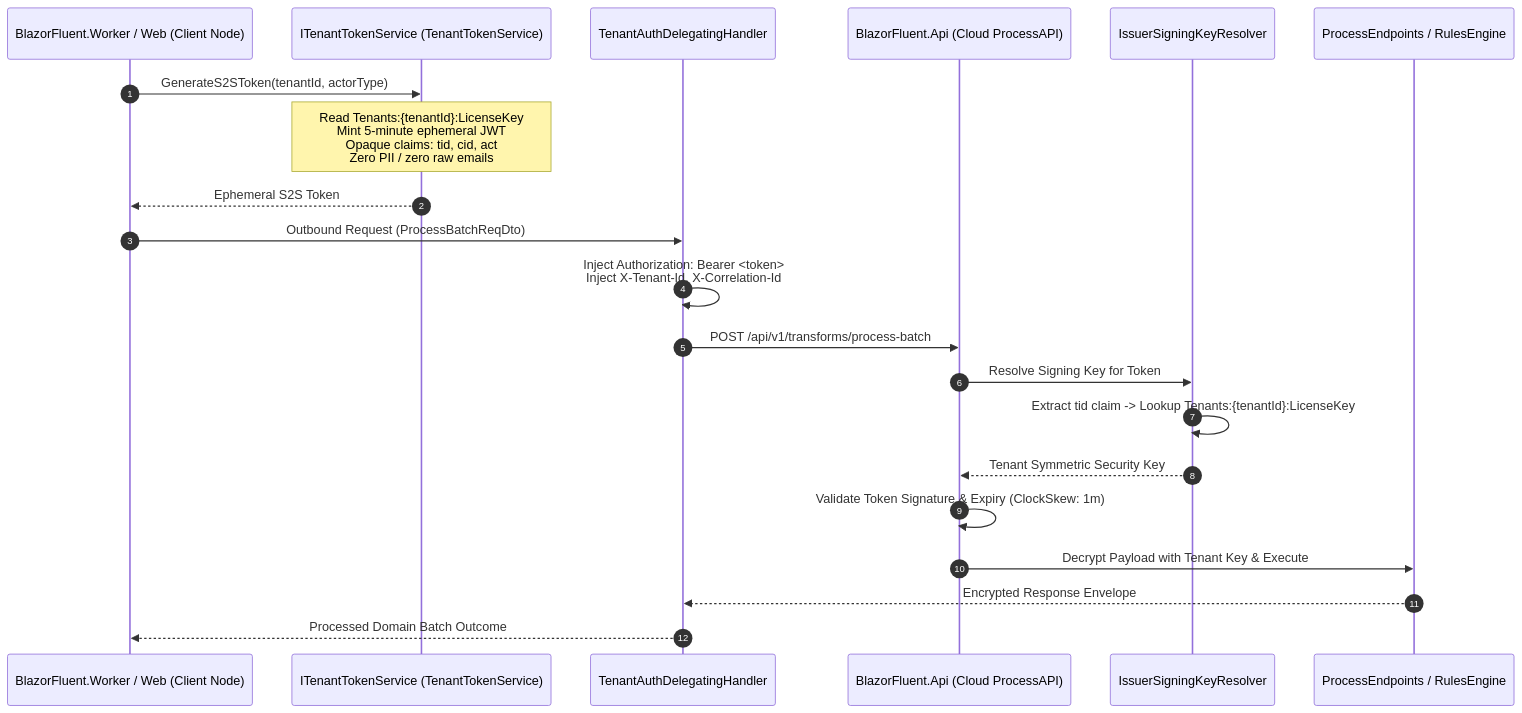
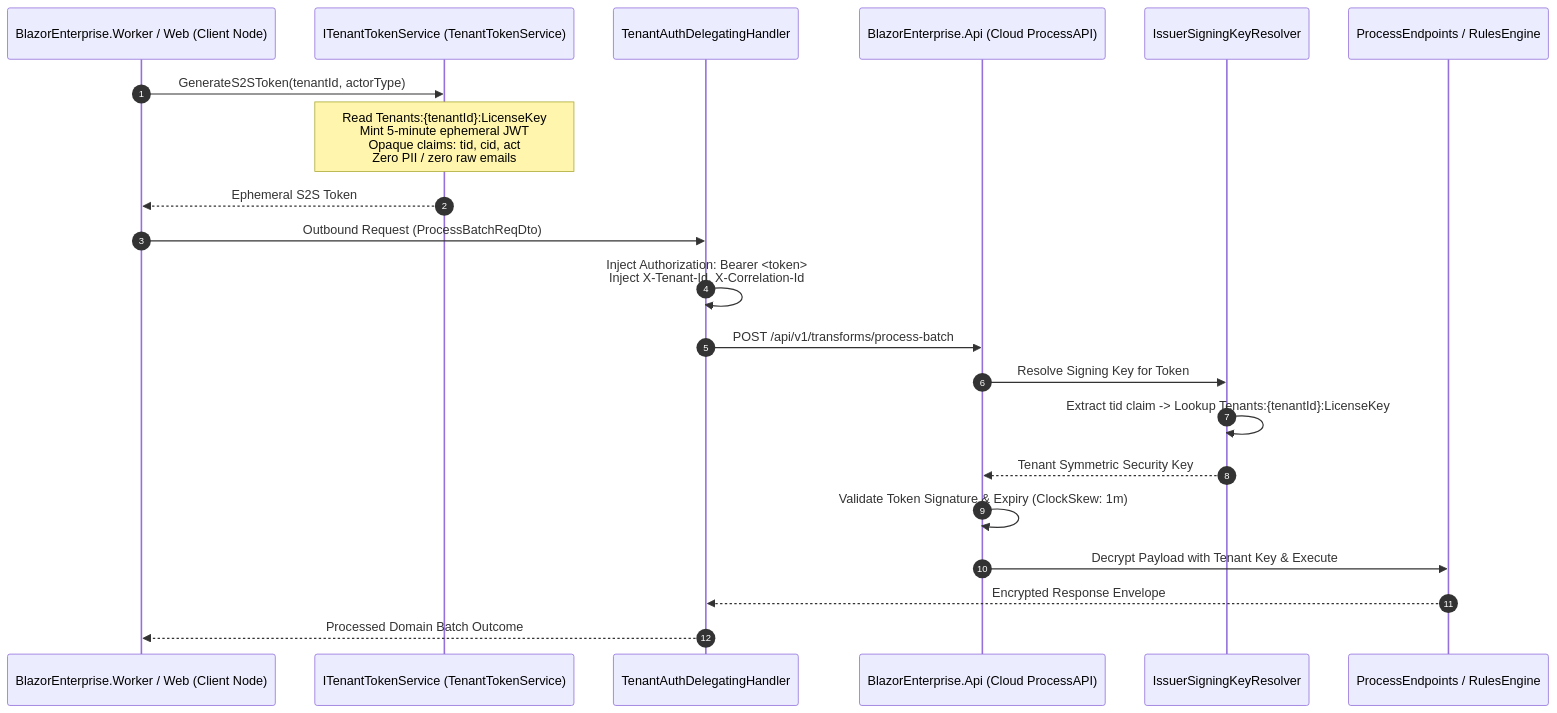
One commit to cheriansk/blazor-fluent changed diagram 11 of 11 in docs/03-Security-Model-and-Defense-in-Depth.md. Above: the diagram before and after it, drawn with Mermaid. The commit also changed other lines of this file and 1219 other files, not shown here.

````diff
--- a/docs/03-Security-Model-and-Defense-in-Depth.md
+++ b/docs/03-Security-Model-and-Defense-in-Depth.md
@@ -502,24 +502,24 @@
 ```mermaid
 sequenceDiagram
     autonumber
-    participant Worker as BlazorFluent.Worker / Web (Client Node)
+    participant Worker as BlazorEnterprise.Worker / Web (Client Node)
     participant S2S as ITenantTokenService (TenantTokenService)
     participant Handler as TenantAuthDelegatingHandler
-    participant API as BlazorFluent.Api (Cloud ProcessAPI)
+    participant API as BlazorEnterprise.Api (Cloud ProcessAPI)
     participant Resolver as IssuerSigningKeyResolver
     participant Engine as ProcessEndpoints / RulesEngine
 
     Worker->>S2S: GenerateS2SToken(tenantId, actorType)
     Note over S2S: Read Tenants:{tenantId}:LicenseKey<br/>Mint 5-minute ephemeral JWT<br/>Opaque claims: tid, cid, act<br/>Zero PII / zero raw emails
     S2S-->>Worker: Ephemeral S2S Token
     Worker->>Handler: Outbound Request (ProcessBatchReqDto)
     Handler->>Handler: Inject Authorization: Bearer <token><br/>Inject X-Tenant-Id, X-Correlation-Id
     Handler->>API: POST /api/v1/transforms/process-batch
     API->>Resolver: Resolve Signing Key for Token
     Resolver->>Resolver: Extract tid claim -> Lookup Tenants:{tenantId}:LicenseKey
     Resolver-->>API: Tenant Symmetric Security Key
     API->>API: Validate Token Signature & Expiry (ClockSkew: 1m)
     API->>Engine: Decrypt Payload with Tenant Key & Execute
     Engine-->>Handler: Encrypted Response Envelope
     Handler-->>Worker: Processed Domain Batch Outcome
 ```
````
